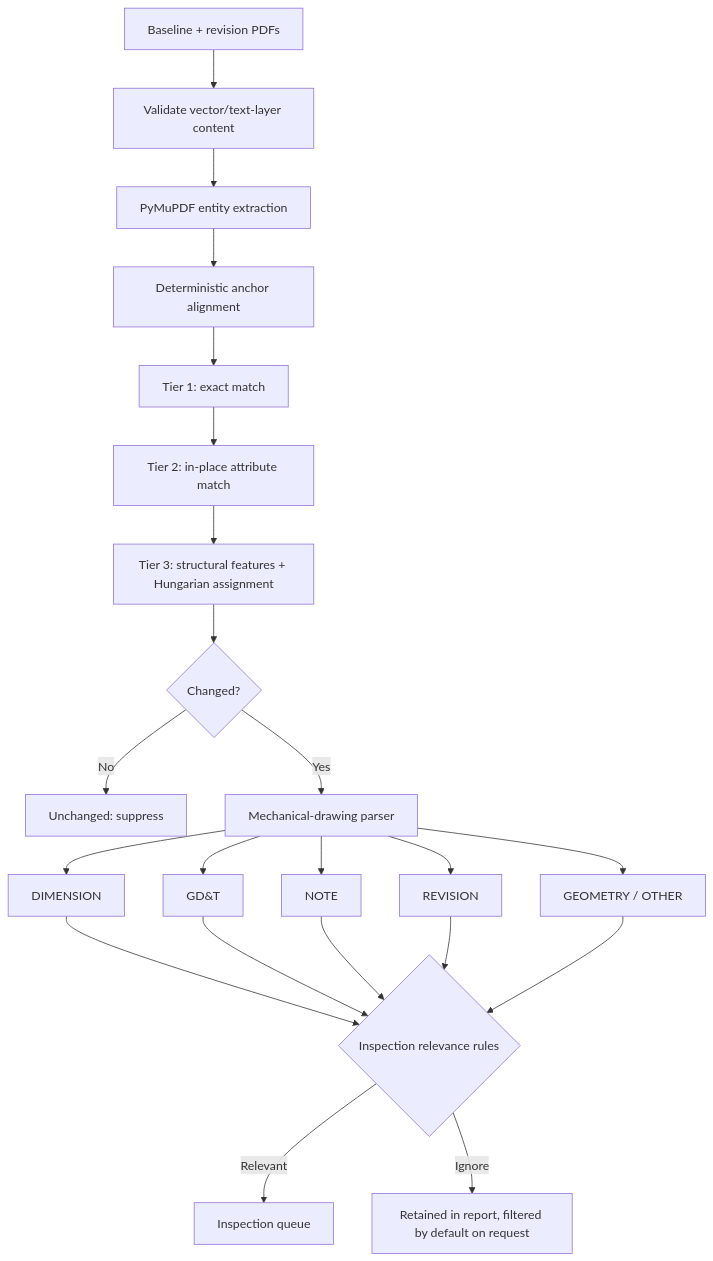
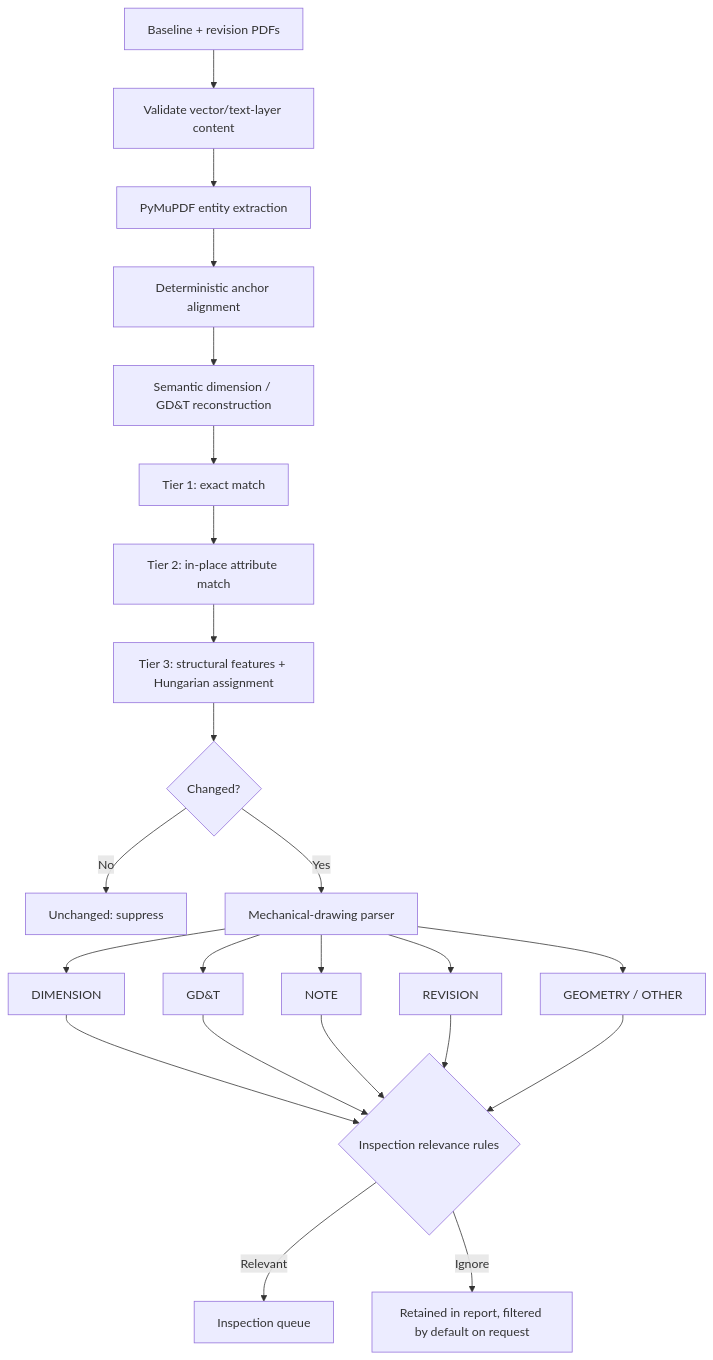
Before and after one commit to jxfuller1/PDF-differences-objects: the diagram in README.md, drawn with Mermaid. The commit also changed other lines of this file and 15 other files, not shown here.

````diff
--- a/README.md
+++ b/README.md
@@ -22,24 +22,25 @@
 ```mermaid
 flowchart TD
     A["Baseline + revision PDFs"] --> B["Validate vector/text-layer content"]
     B --> C["PyMuPDF entity extraction"]
     C --> D["Deterministic anchor alignment"]
-    D --> E["Tier 1: exact match"]
+    D --> S["Semantic dimension / GD&T reconstruction"]
+    S --> E["Tier 1: exact match"]
     E --> F["Tier 2: in-place attribute match"]
     F --> G["Tier 3: structural features + Hungarian assignment"]
     G --> H{"Changed?"}
     H -->|No| I["Unchanged: suppress"]
     H -->|Yes| J["Mechanical-drawing parser"]
     J --> K["DIMENSION"]
     J --> L["GD&T"]
     J --> M["NOTE"]
     J --> N["REVISION"]
     J --> O["GEOMETRY / OTHER"]
     K --> P{"Inspection relevance rules"}
     L --> P
     M --> P
     N --> P
     O --> P
     P -->|Relevant| Q["Inspection queue"]
     P -->|Ignore| R["Retained in report, filtered by default on request"]
 ```
````
